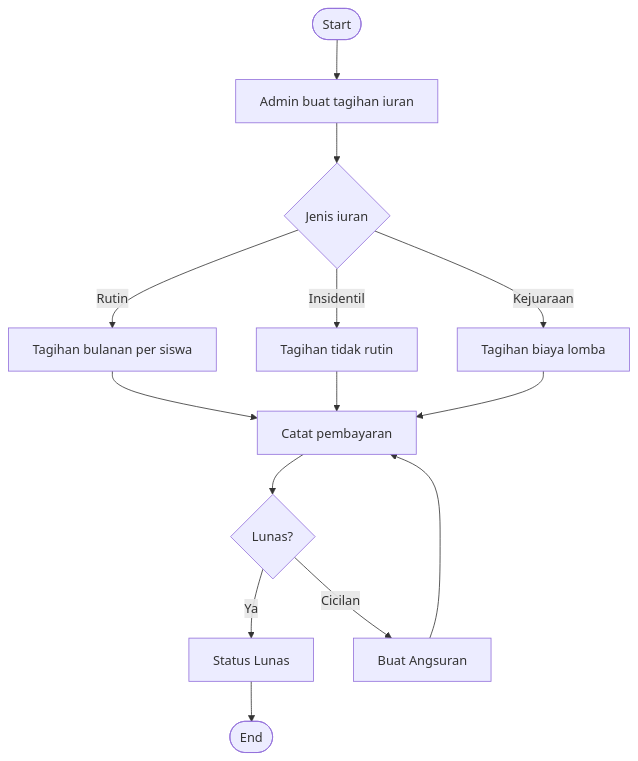
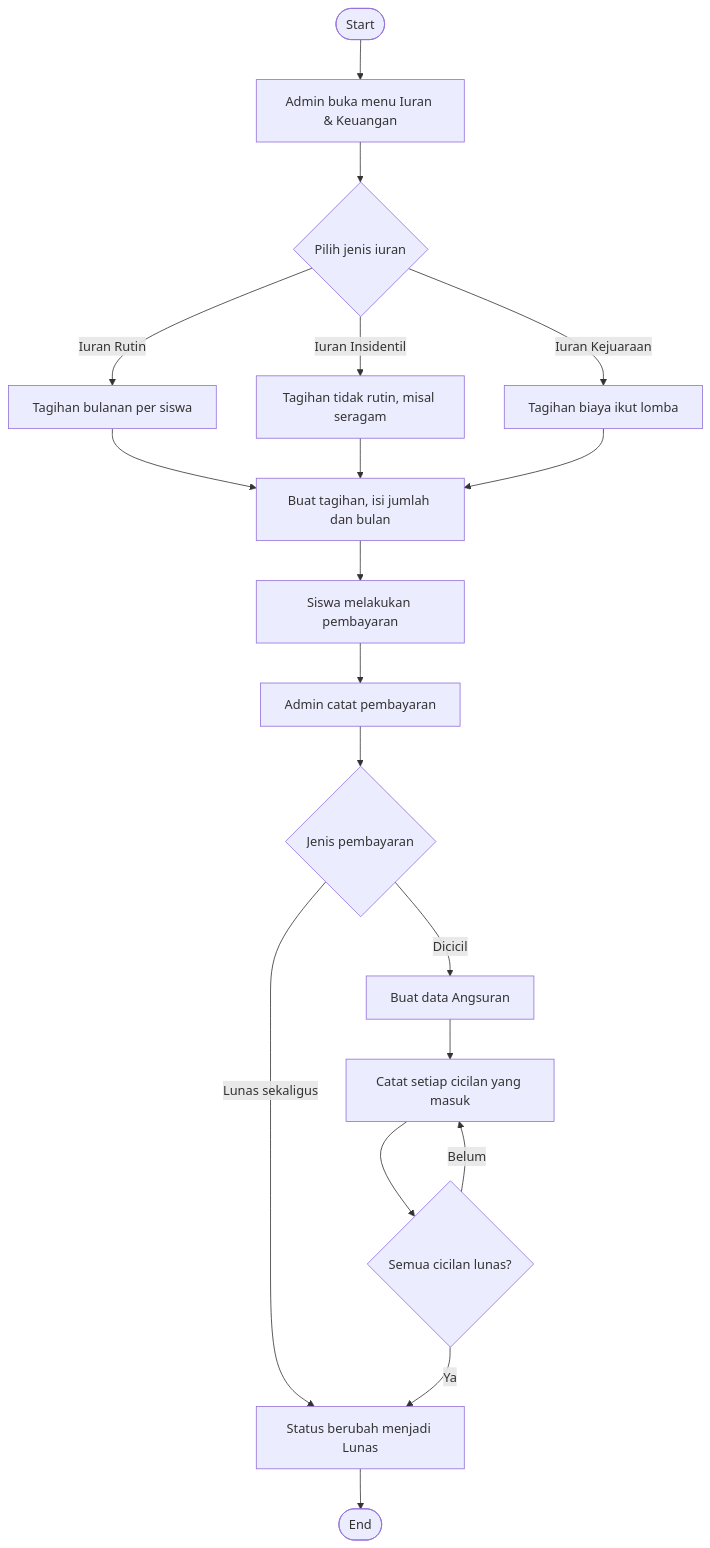
Before and after one commit to Hendrasetyawan1945/sistem-manajemen-kolam: the eighth of 11 diagrams in docs/alur-sistem.md, drawn with Mermaid. The commit also changed other lines of this file and 1 other file, not shown here.

````diff
--- a/docs/alur-sistem.md
+++ b/docs/alur-sistem.md
@@ -101,16 +210,21 @@
 ```mermaid
 flowchart TD
-    A([Start]) --> B[Admin buat tagihan iuran]
-    B --> C{Jenis iuran}
-    C -->|Rutin| D[Tagihan bulanan per siswa]
-    C -->|Insidentil| E[Tagihan tidak rutin]
-    C -->|Kejuaraan| F[Tagihan biaya lomba]
-    D --> G[Catat pembayaran]
+    A([Start]) --> B[Admin buka menu Iuran & Keuangan]
+    B --> C{Pilih jenis iuran}
+    C -->|Iuran Rutin| D[Tagihan bulanan per siswa]
+    C -->|Iuran Insidentil| E[Tagihan tidak rutin, misal seragam]
+    C -->|Iuran Kejuaraan| F[Tagihan biaya ikut lomba]
+    D --> G[Buat tagihan, isi jumlah dan bulan]
     E --> G
     F --> G
-    G --> H{Lunas?}
-    H -->|Ya| I[Status Lunas]
-    H -->|Cicilan| J[Buat Angsuran]
-    J --> G
-    I --> K([End])
+    G --> H[Siswa melakukan pembayaran]
+    H --> I[Admin catat pembayaran]
+    I --> J{Jenis pembayaran}
+    J -->|Lunas sekaligus| K[Status berubah menjadi Lunas]
+    J -->|Dicicil| L[Buat data Angsuran]
+    L --> M[Catat setiap cicilan yang masuk]
+    M --> N{Semua cicilan lunas?}
+    N -->|Belum| M
+    N -->|Ya| K
+    K --> O([End])
 ```
````
